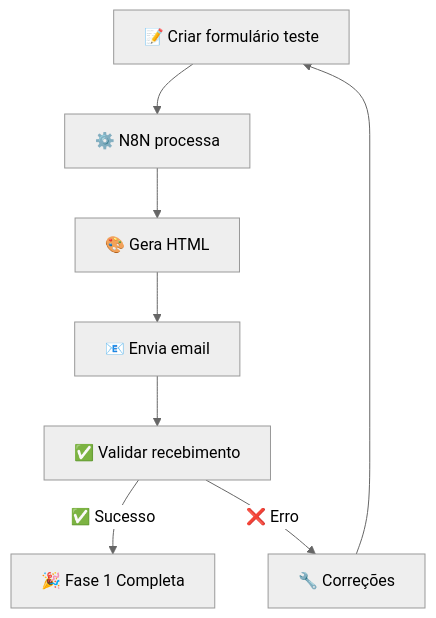
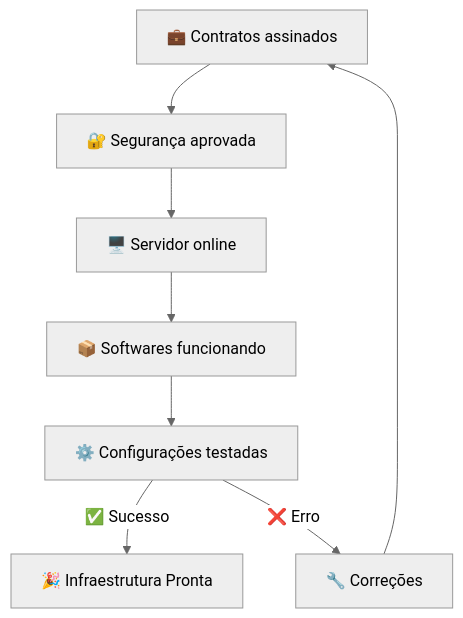
Before and after one commit to mcampello/capp-bunge-emails: the second of 4 diagrams in docs/cronograma.md, drawn with Mermaid (neutral theme). The commit also changed other lines of this file, not shown here.

First line of the commit message:
📅 Update: Cronograma Realista - 12 semanas com infraestrutura completa

````diff
--- a/docs/cronograma.md
+++ b/docs/cronograma.md
@@ -65,11 +85,11 @@
 ```mermaid
 graph TD
-    A[📝 Criar formulário teste] --> B[⚙️ N8N processa]
-    B --> C[🎨 Gera HTML]
-    C --> D[📧 Envia email]
-    D --> E[✅ Validar recebimento]
+    A[💼 Contratos assinados] --> B[🔐 Segurança aprovada]
+    B --> C[🖥️ Servidor online]
+    C --> D[📦 Softwares funcionando]
+    D --> E[⚙️ Configurações testadas]
     
-    E -->|✅ Sucesso| F[🎉 Fase 1 Completa]
+    E -->|✅ Sucesso| F[🎉 Infraestrutura Pronta]
     E -->|❌ Erro| G[🔧 Correções]
     G --> A
 ```
````
